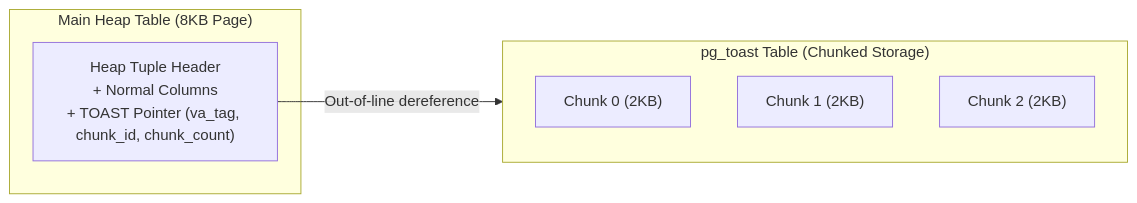
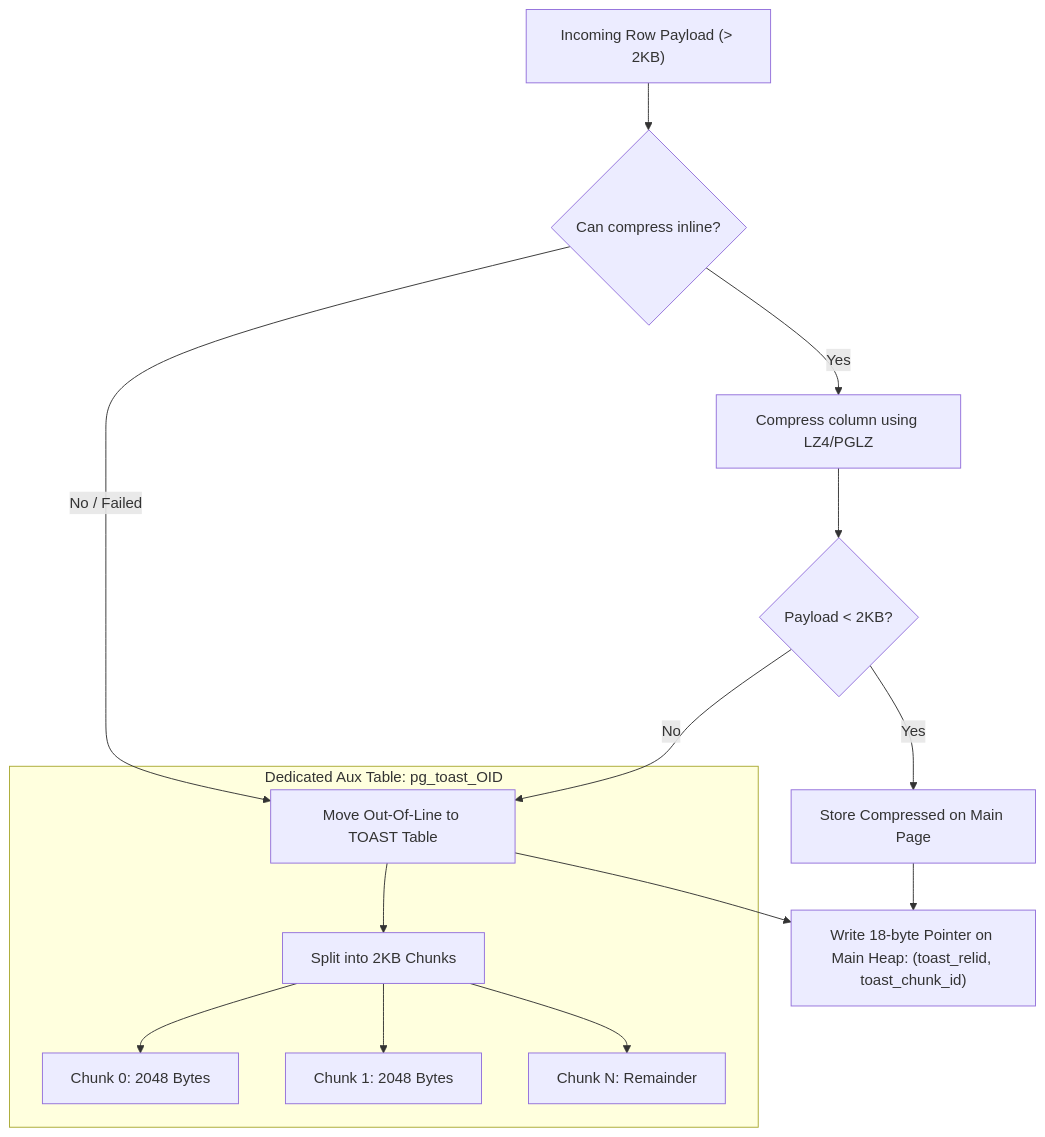
One commit to espoem/zero-to-one changed the first of 2 diagrams in technologies/postgres/modules/02-relational-modeling-types-and-constraints.md. Above: the diagram before and after it, drawn with Mermaid. The commit also changed other lines of this file and 43 other files, not shown here.

````diff
--- a/technologies/postgres/modules/02-relational-modeling-types-and-constraints.md
+++ b/technologies/postgres/modules/02-relational-modeling-types-and-constraints.md
@@ -75,14 +83,19 @@
 ```mermaid
-flowchart LR
-    subgraph MainTable["Main Heap Table (8KB Page)"]
-        Tuple["Heap Tuple Header<br/>+ Normal Columns<br/>+ TOAST Pointer (va_tag, chunk_id, chunk_count)"]
+flowchart TD
+    Row["Incoming Row Payload (> 2KB)"] --> Check{"Can compress inline?"}
+    Check -->|Yes| Comp["Compress column using LZ4/PGLZ"]
+    Comp --> CheckSize{"Payload < 2KB?"}
+    CheckSize -->|Yes| StoreMain["Store Compressed on Main Page"]
+    CheckSize -->|No| MoveOut["Move Out-Of-Line to TOAST Table"]
+    Check -->|No / Failed| MoveOut
+    
+    subgraph ToastTable["Dedicated Aux Table: pg_toast_OID"]
+        MoveOut --> Slice["Split into 2KB Chunks"]
+        Slice --> Chunk1["Chunk 0: 2048 Bytes"]
+        Slice --> Chunk2["Chunk 1: 2048 Bytes"]
+        Slice --> ChunkN["Chunk N: Remainder"]
     end
-
-    subgraph ToastTable["pg_toast Table (Chunked Storage)"]
-        Chunk1["Chunk 0 (2KB)"]
-        Chunk2["Chunk 1 (2KB)"]
-        Chunk3["Chunk 2 (2KB)"]
-    end
-
-    Tuple -->|"Out-of-line dereference"| ToastTable
+    
+    StoreMain --> Pointer["Write 18-byte Pointer on Main Heap: (toast_relid, toast_chunk_id)"]
+    MoveOut --> Pointer
 ```
````
